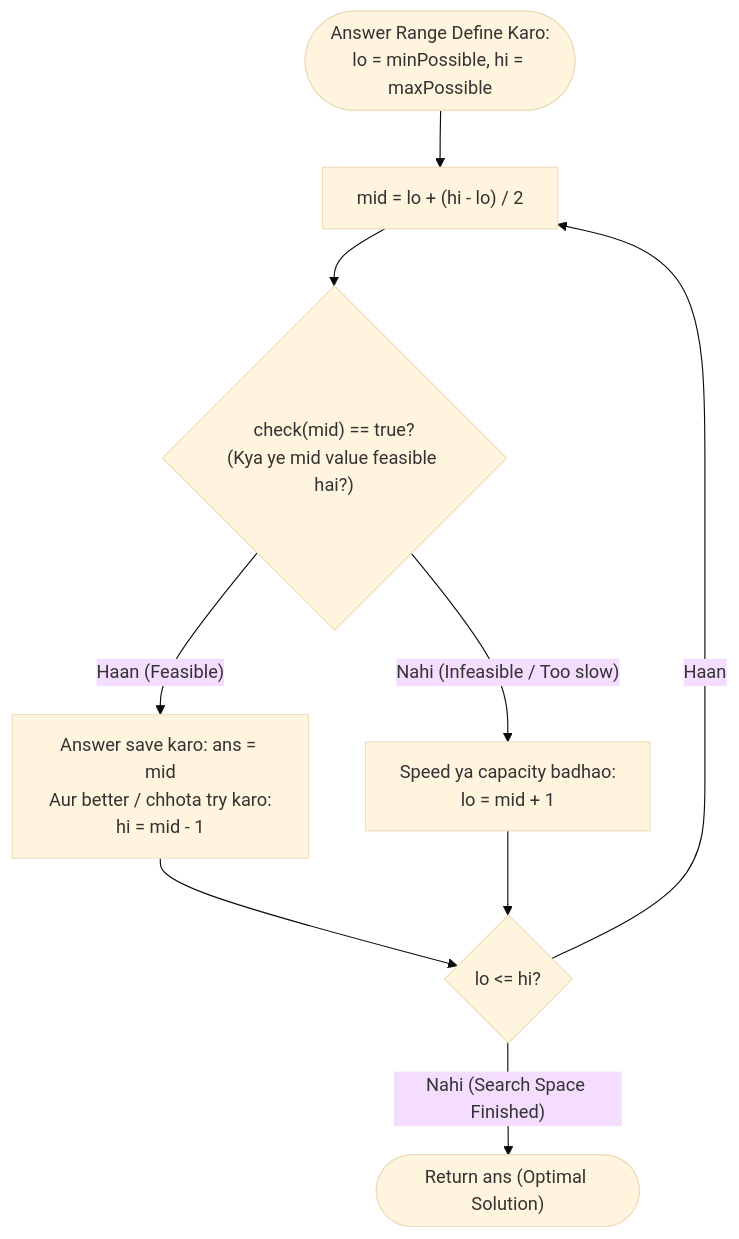
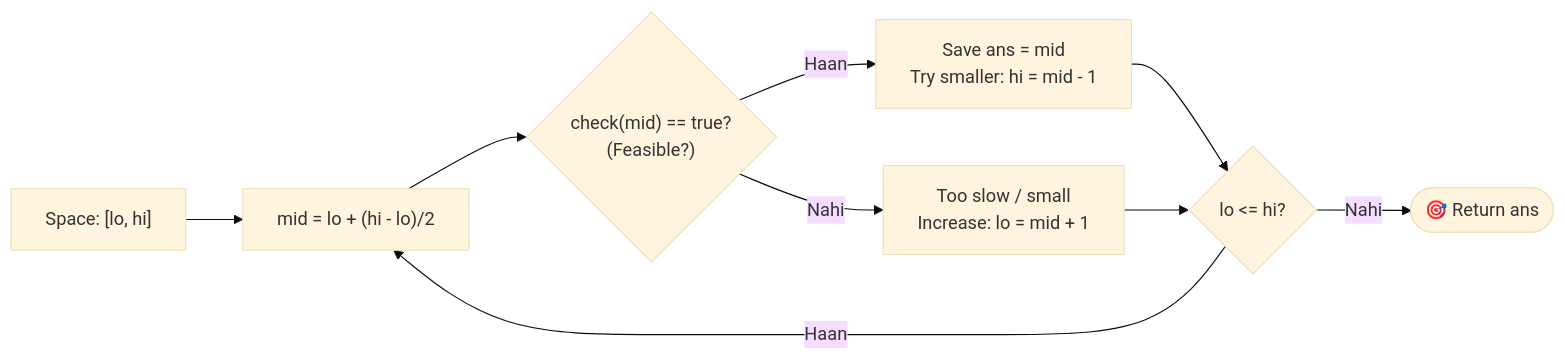
Before and after one commit to Kali-Prem/dsa-logic-building-playbook: the fifth of 11 diagrams in README.md, drawn with Mermaid (base theme). The commit also changed other lines of this file, not shown here.

Commit message:
optimize flowcharts to compact horizontal LR layout for GitHub

````diff
--- a/README.md
+++ b/README.md
@@ -648,14 +628,11 @@
 ```mermaid
-flowchart TD
-    Start(["Answer Range Define Karo:<br/>lo = minPossible, hi = maxPossible"]) --> CalcMid["mid = lo + (hi - lo) / 2"]
-    CalcMid --> CheckFeasible{"check(mid) == true?<br/>(Kya ye mid value feasible hai?)"}
-    
-    CheckFeasible -->|"Haan (Feasible)"| SaveAns["Answer save karo: ans = mid<br/>Aur better / chhota try karo:<br/>hi = mid - 1"]
-    CheckFeasible -->|"Nahi (Infeasible / Too slow)"| IncLo["Speed ya capacity badhao:<br/>lo = mid + 1"]
-    
-    SaveAns --> LoopCheck{"lo <= hi?"}
-    IncLo --> LoopCheck
-    
-    LoopCheck -->|"Haan"| CalcMid
-    LoopCheck -->|"Nahi (Search Space Finished)"| ReturnAns(["Return ans (Optimal Solution)"])
+flowchart LR
+    Range["Space: [lo, hi]"] --> Mid["mid = lo + (hi - lo)/2"]
+    Mid --> Check{"check(mid) == true?<br/>(Feasible?)"}
+    Check -->|"Haan"| Left["Save ans = mid<br/>Try smaller: hi = mid - 1"]
+    Check -->|"Nahi"| Right["Too slow / small<br/>Increase: lo = mid + 1"]
+    Left --> Loop{"lo <= hi?"}
+    Right --> Loop
+    Loop -->|"Haan"| Mid
+    Loop -->|"Nahi"| Ans(["🎯 Return ans"])
 ```
````
